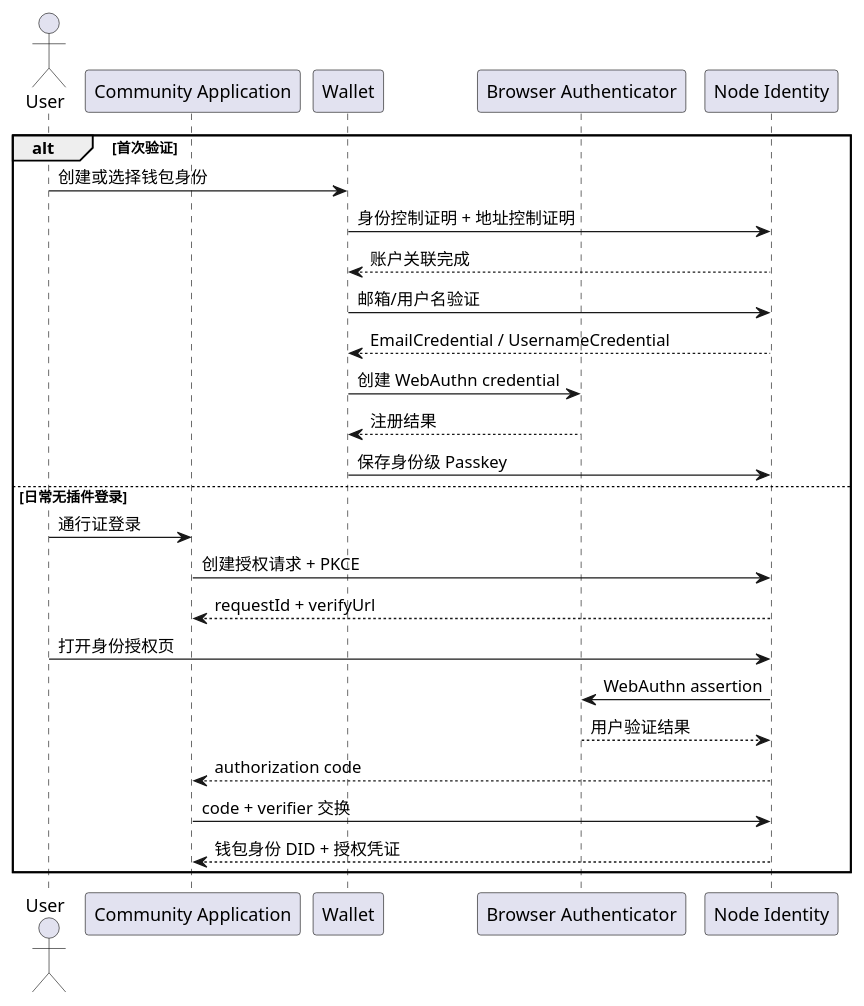
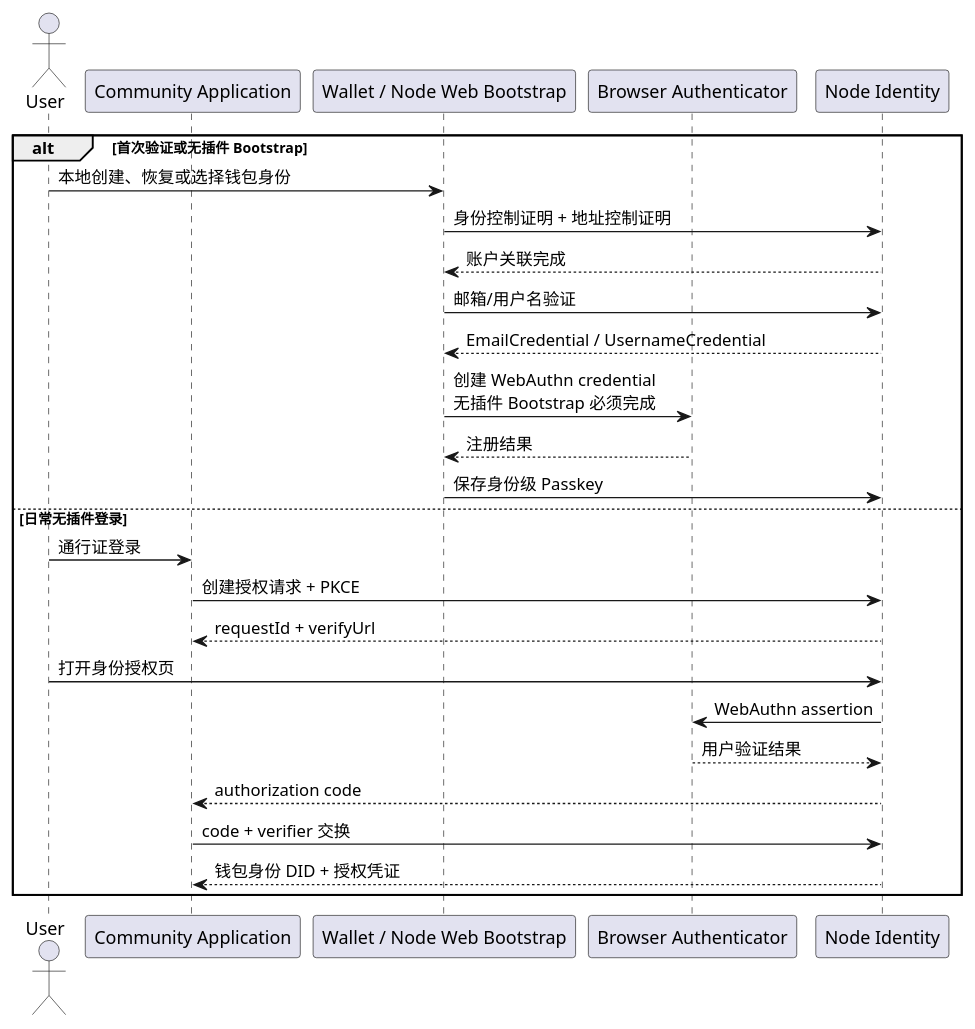
The second of 4 diagrams in docs/钱包架构/钱包架构决策.md (yeying-community/wallet), drawn with PlantUML before and after one commit. The commit also changed other lines of this file and 4 other files, not shown here.

Commit message:
docs(identity): align node bootstrap recovery contract

````diff
--- a/docs/钱包架构/钱包架构决策.md
+++ b/docs/钱包架构/钱包架构决策.md
@@ -87,30 +87,30 @@
 ```plantuml
 @startuml wallet-v2-login
 actor User
 participant "Community Application" as App
-participant "Wallet" as Wallet
+participant "Wallet / Node Web Bootstrap" as Wallet
 participant "Browser Authenticator" as Passkey
 participant "Node Identity" as Node
 
-alt 首次验证
-  User -> Wallet : 创建或选择钱包身份
+alt 首次验证或无插件 Bootstrap
+  User -> Wallet : 本地创建、恢复或选择钱包身份
   Wallet -> Node : 身份控制证明 + 地址控制证明
   Node --> Wallet : 账户关联完成
   Wallet -> Node : 邮箱/用户名验证
   Node --> Wallet : EmailCredential / UsernameCredential
-  Wallet -> Passkey : 创建 WebAuthn credential
+  Wallet -> Passkey : 创建 WebAuthn credential\n无插件 Bootstrap 必须完成
   Passkey --> Wallet : 注册结果
   Wallet -> Node : 保存身份级 Passkey
 else 日常无插件登录
   User -> App : 通行证登录
   App -> Node : 创建授权请求 + PKCE
   Node --> App : requestId + verifyUrl
   User -> Node : 打开身份授权页
   Node -> Passkey : WebAuthn assertion
   Passkey --> Node : 用户验证结果
   Node --> App : authorization code
   App -> Node : code + verifier 交换
   Node --> App : 钱包身份 DID + 授权凭证
 end
 @enduml
 ```
````
